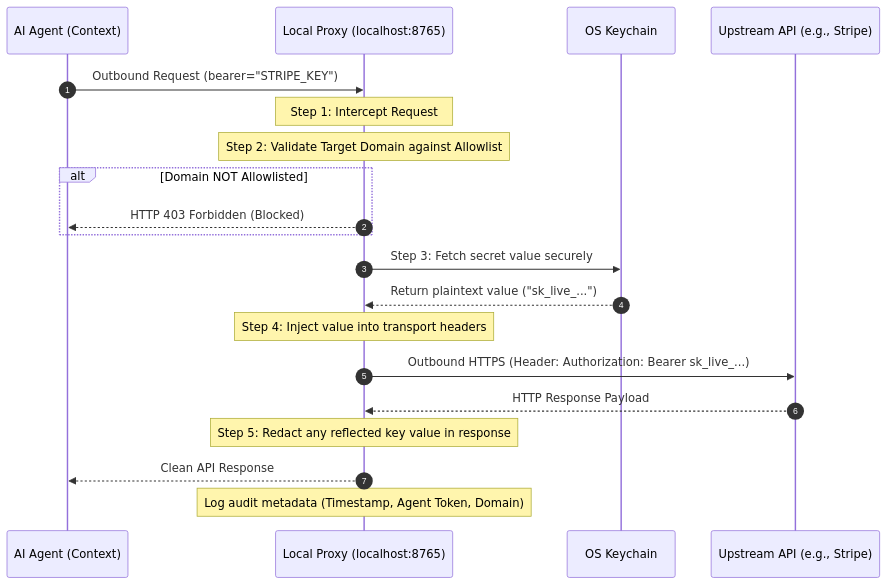
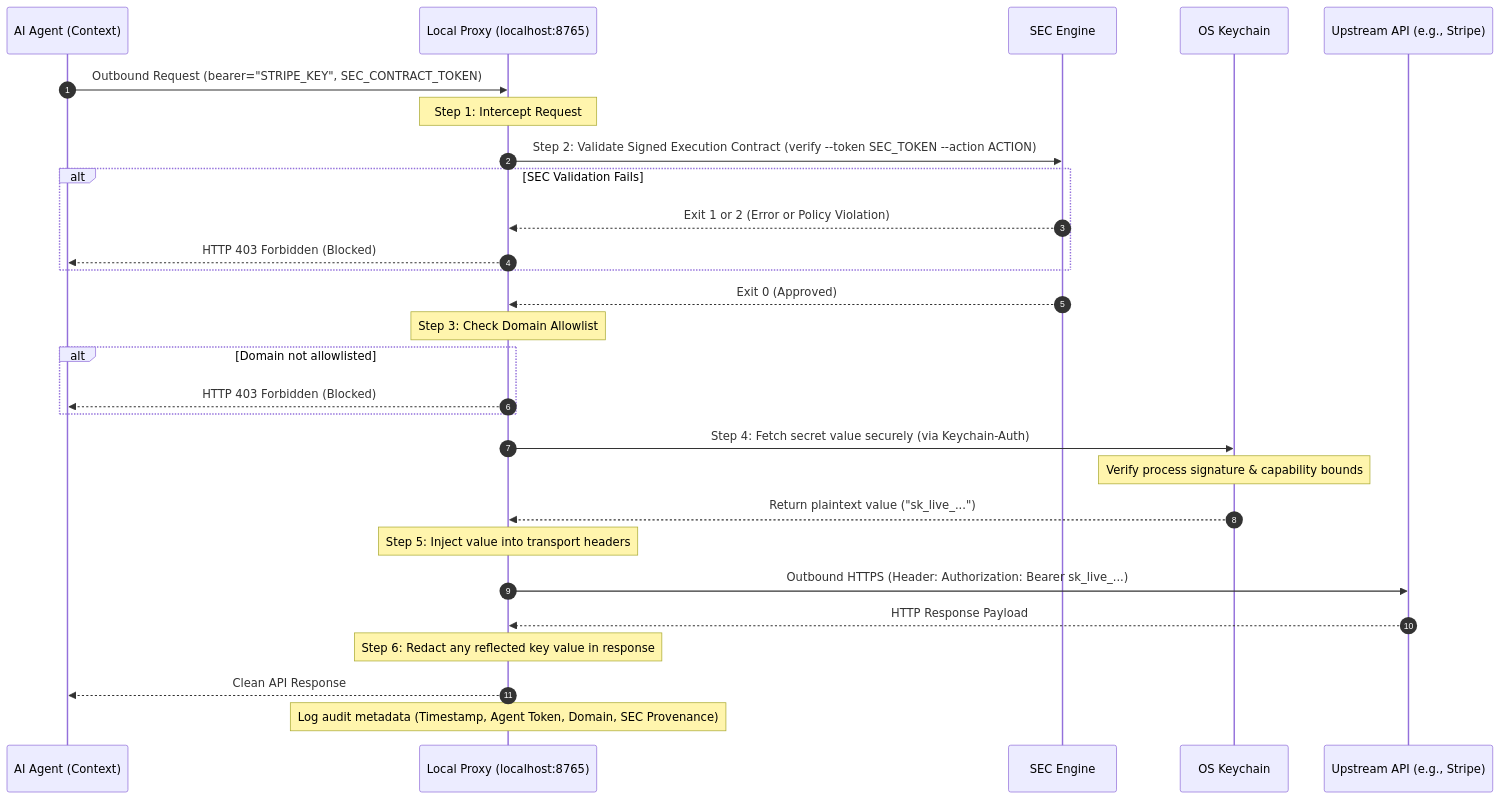
One commit to The-17/agentsecrets-website changed the second of 2 diagrams in src/content/docs/how-it-works.md. Above: the diagram before and after it, drawn with Mermaid. The commit also changed other lines of this file and 4 other files, not shown here.

````diff
--- a/src/content/docs/how-it-works.md
+++ b/src/content/docs/how-it-works.md
@@ -73,27 +73,36 @@
 ```mermaid
 sequenceDiagram
     autonumber
     participant Agent as AI Agent (Context)
     participant Proxy as Local Proxy (localhost:8765)
+    participant SEC as SEC Engine
     participant Keychain as OS Keychain
     participant Target as Upstream API (e.g., Stripe)
     
-    Agent->>Proxy: Outbound Request (bearer="STRIPE_KEY")
+    Agent->>Proxy: Outbound Request (bearer="STRIPE_KEY", SEC_CONTRACT_TOKEN)
     Note over Proxy: Step 1: Intercept Request
     
-    Note over Proxy: Step 2: Validate Target Domain against Allowlist
-    alt Domain NOT Allowlisted
+    Proxy->>SEC: Step 2: Validate Signed Execution Contract (verify --token SEC_TOKEN --action ACTION)
+    alt SEC Validation Fails
+        SEC-->>Proxy: Exit 1 or 2 (Error or Policy Violation)
+        Proxy-->>Agent: HTTP 403 Forbidden (Blocked)
+    end
+    SEC-->>Proxy: Exit 0 (Approved)
+    
+    Note over Proxy: Step 3: Check Domain Allowlist
+    alt Domain not allowlisted
         Proxy-->>Agent: HTTP 403 Forbidden (Blocked)
     end
     
-    Proxy->>Keychain: Step 3: Fetch secret value securely
+    Proxy->>Keychain: Step 4: Fetch secret value securely (via Keychain-Auth)
+    Note over Keychain: Verify process signature & capability bounds
     Keychain-->>Proxy: Return plaintext value ("sk_live_...")
     
-    Note over Proxy: Step 4: Inject value into transport headers
+    Note over Proxy: Step 5: Inject value into transport headers
     Proxy->>Target: Outbound HTTPS (Header: Authorization: Bearer sk_live_...)
     Target-->>Proxy: HTTP Response Payload
     
-    Note over Proxy: Step 5: Redact any reflected key value in response
+    Note over Proxy: Step 6: Redact any reflected key value in response
     Proxy-->>Agent: Clean API Response
-    Note over Proxy: Log audit metadata (Timestamp, Agent Token, Domain)
+    Note over Proxy: Log audit metadata (Timestamp, Agent Token, Domain, SEC Provenance)
 ```
````
